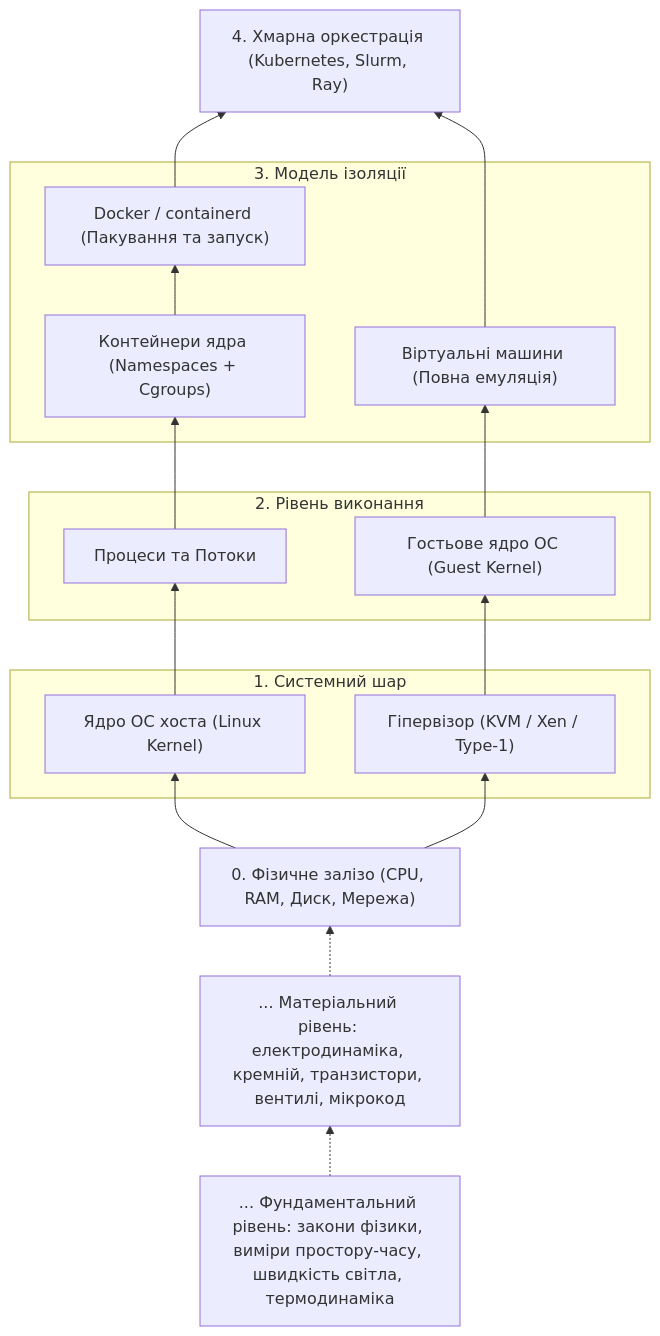
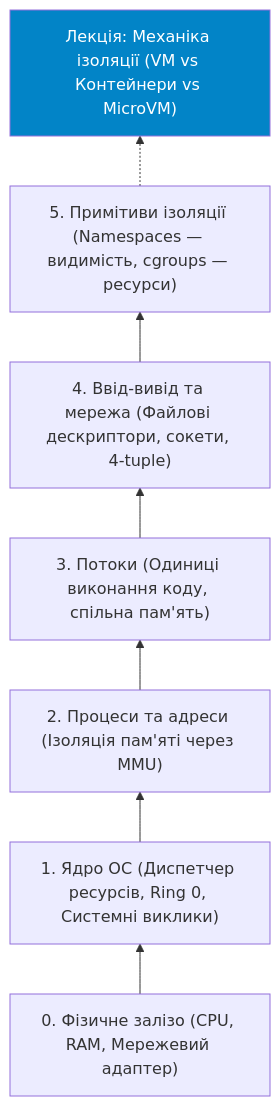
One commit to vplanto/cloud_grid changed the first of 2 diagrams in docs/03_isolation_mechanics_prerequisites.md. Above: the diagram before and after it, drawn with Mermaid. The commit also changed other lines of this file and 11 other files, not shown here.

````diff
--- a/docs/03_isolation_mechanics_prerequisites.md
+++ b/docs/03_isolation_mechanics_prerequisites.md
@@ -11,36 +13,19 @@
 ```mermaid
 flowchart BT
-    PHYSICS["... Фундаментальний рівень: закони фізики, виміри простору-часу, швидкість світла, термодинаміка"]
-    SUB_HW["... Матеріальний рівень: електродинаміка, кремній, транзистори, вентилі, мікрокод"]
-    HW["0. Фізичне залізо (CPU, RAM, Диск, Мережа)"]
-    
-    subgraph SYSTEM ["1. Системний шар"]
-        KERNEL["Ядро ОС хоста (Linux Kernel)"]
-        HYPER["Гіпервізор (KVM / Xen / Type-1)"]
-    end
+    HW["0. Фізичне залізо (CPU, RAM, Мережевий адаптер)"]
+    KERNEL["1. Ядро ОС (Диспетчер ресурсів, Ring 0, Системні виклики)"]
+    PROC["2. Процеси та адреси (Ізоляція пам'яті через MMU)"]
+    THREAD["3. Потоки (Одиниці виконання коду, спільна пам'ять)"]
+    IO["4. Ввід-вивід та мережа (Файлові дескриптори, сокети, 4-tuple)"]
+    ISO["5. Примітиви ізоляції (Namespaces — видимість, cgroups — ресурси)"]
+    NEXT["Лекція: Механіка ізоляції (VM vs Контейнери vs MicroVM)"]
 
-    subgraph RUNTIME ["2. Рівень виконання"]
-        PROC["Процеси та Потоки"]
-        GUEST["Гостьове ядро ОС (Guest Kernel)"]
-    end
+    HW --> KERNEL
+    KERNEL --> PROC
+    PROC --> THREAD
+    THREAD --> IO
+    IO --> ISO
+    ISO -.-> NEXT
 
-    subgraph ISOLATION ["3. Модель ізоляції"]
-        CONT["Контейнери ядра (Namespaces + Cgroups)"]
-        DOCKER["Docker / containerd (Пакування та запуск)"]
-        VM["Віртуальні машини (Повна емуляція)"]
-    end
-
-    CLOUD["4. Хмарна оркестрація (Kubernetes, Slurm, Ray)"]
-
-    PHYSICS -.-> SUB_HW
-    SUB_HW -.-> HW
-    HW --> KERNEL
-    HW --> HYPER
-    KERNEL --> PROC
-    PROC --> CONT
-    CONT --> DOCKER
-    DOCKER --> CLOUD
-    HYPER --> GUEST
-    GUEST --> VM
-    VM --> CLOUD
+    style NEXT fill:#0284c7,color:#fff
 ```
````
